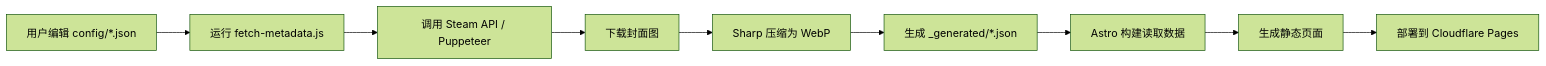
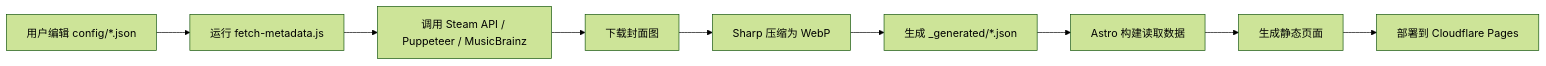
The diagram in README-Logbook.md (hohouman/hohouman), drawn with Mermaid (forest theme) before and after one commit. The commit also changed other lines of this file and 13 other files, not shown here.

````diff
--- a/README-Logbook.md
+++ b/README-Logbook.md
@@ -438,11 +369,11 @@
 ```mermaid
 graph LR
     A[用户编辑 config/*.json] --> B[运行 fetch-metadata.js]
-    B --> C[调用 Steam API / Puppeteer]
+    B --> C[调用 Steam API / Puppeteer / MusicBrainz]
     C --> D[下载封面图]
     D --> E[Sharp 压缩为 WebP]
     E --> F[生成 _generated/*.json]
     F --> G[Astro 构建读取数据]
     G --> H[生成静态页面]
     H --> I[部署到 Cloudflare Pages]
 ```
````
